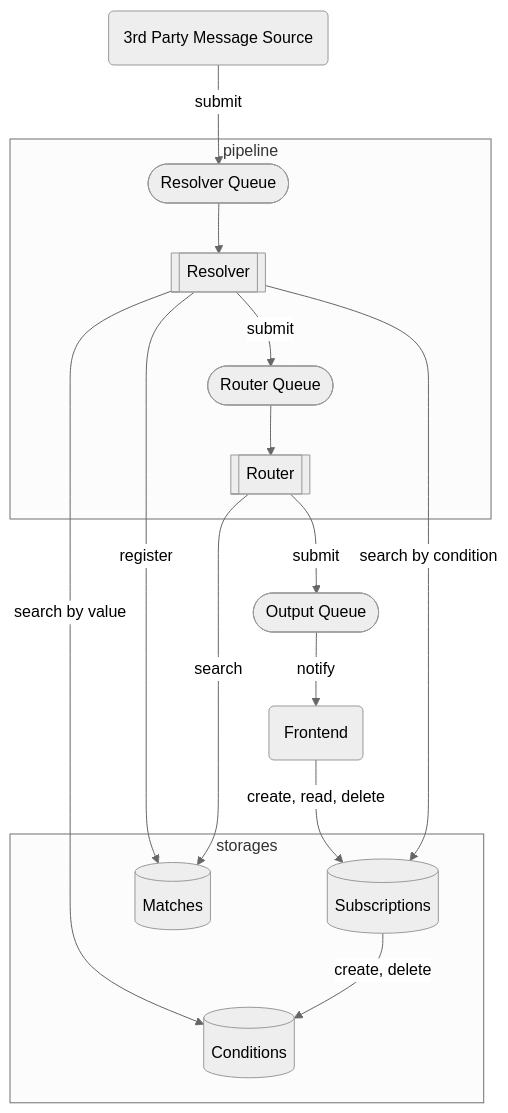
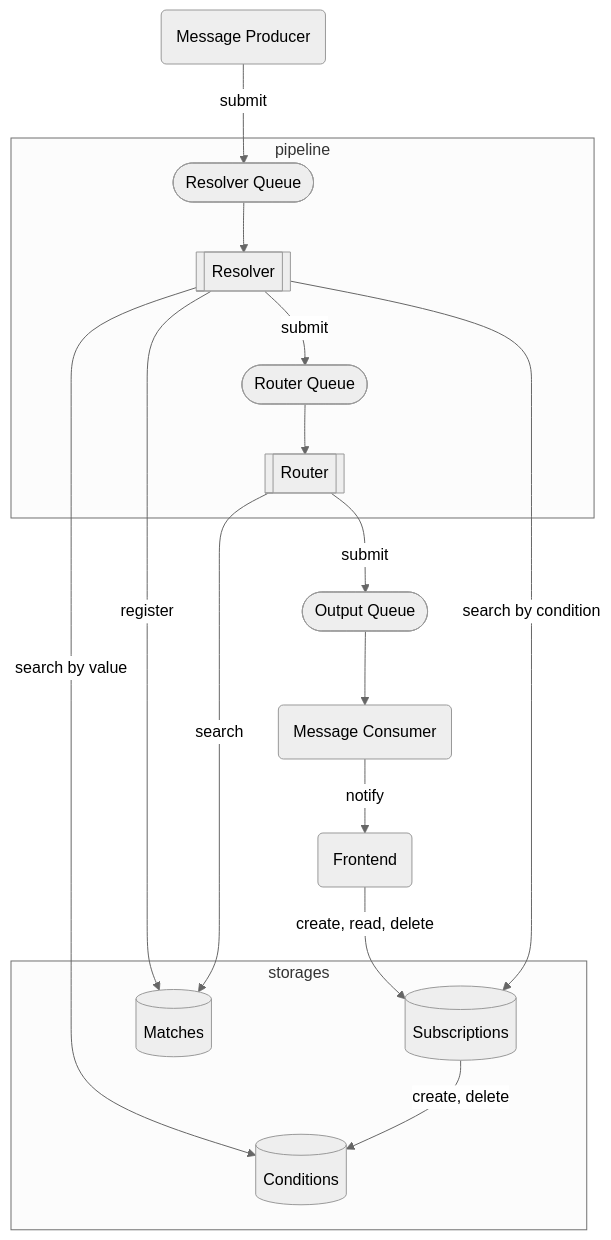
One commit to awakari/.github changed the second of 2 diagrams in profile/README.md. Above: the diagram before and after it, drawn with Mermaid.

````diff
--- a/profile/README.md
+++ b/profile/README.md
@@ -161,25 +161,26 @@
 ```mermaid
 %%{init: {'theme': 'neutral' } }%%
 flowchart TB
     subgraph storages
         conditions[(Conditions)]
         subscriptions[(Subscriptions)]
         matches[(Matches)]
     end
     subgraph pipeline
         resolverQueue([Resolver Queue])
         resolver[[Resolver]]
         routerQueue([Router Queue])
         router[[Router]]
     end
-    thirdPartyInput(3rd Party Message Source)
+    producer(Message Producer)
     outputQueue([Output Queue])
+    consumer(Message Consumer)
     frontend(Frontend) -->|create, read, delete| subscriptions
-    thirdPartyInput -->|submit| resolverQueue
+    producer -->|submit| resolverQueue
     resolver -->|search by value| conditions
     resolver --> |search by condition| subscriptions
     resolver --> |register| matches
     subscriptions --> |create, delete| conditions
     router --> |search| matches
-    resolverQueue --> resolver -->|submit| routerQueue --> router -->|submit| outputQueue -->|notify| frontend
+    resolverQueue --> resolver -->|submit| routerQueue --> router -->|submit| outputQueue --> consumer -->|notify| frontend
 ```
````
